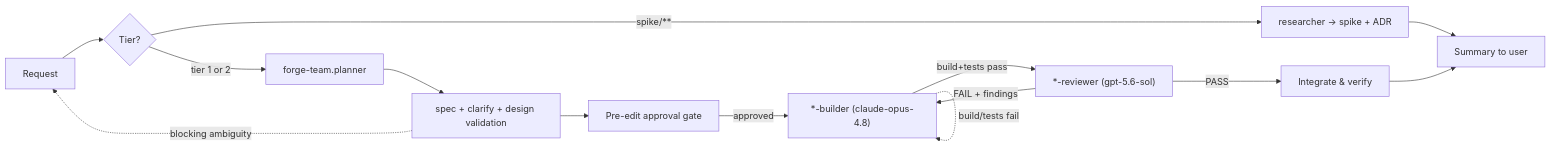
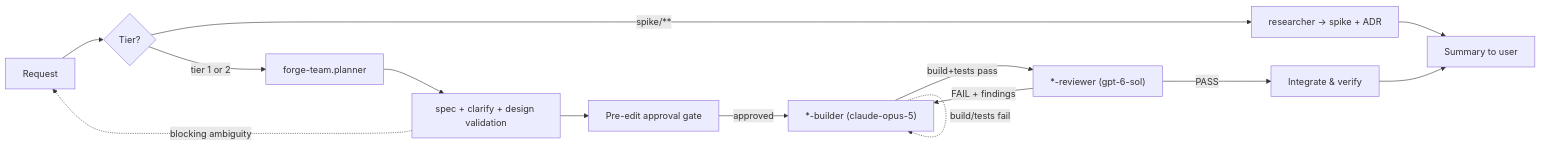
The diagram in .github/agents/forge-team.agent.md (jacen555/demo), drawn with Mermaid before and after one commit. The commit also changed other lines of this file and 16 other files, not shown here.

````diff
--- a/.github/agents/forge-team.agent.md
+++ b/.github/agents/forge-team.agent.md
@@ -159,16 +159,16 @@
 ```mermaid
 graph LR
   U[Request] --> T{Tier?}
   T -->|spike/**| SP[researcher → spike + ADR]
   T -->|tier 1 or 2| P[forge-team.planner]
   P --> S[spec + clarify + design validation]
   S -.blocking ambiguity.-> U
   S --> A[Pre-edit approval gate]
-  A -->|approved| B["*-builder (claude-opus-4.8)"]
-  B -->|build+tests pass| R["*-reviewer (gpt-5.6-sol)"]
+  A -->|approved| B["*-builder (claude-opus-5)"]
+  B -->|build+tests pass| R["*-reviewer (gpt-6-sol)"]
   B -.build/tests fail.-> B
   R -->|FAIL + findings| B
   R -->|PASS| D[Integrate & verify]
   SP --> U2[Summary to user]
   D --> U2
 ```
````
